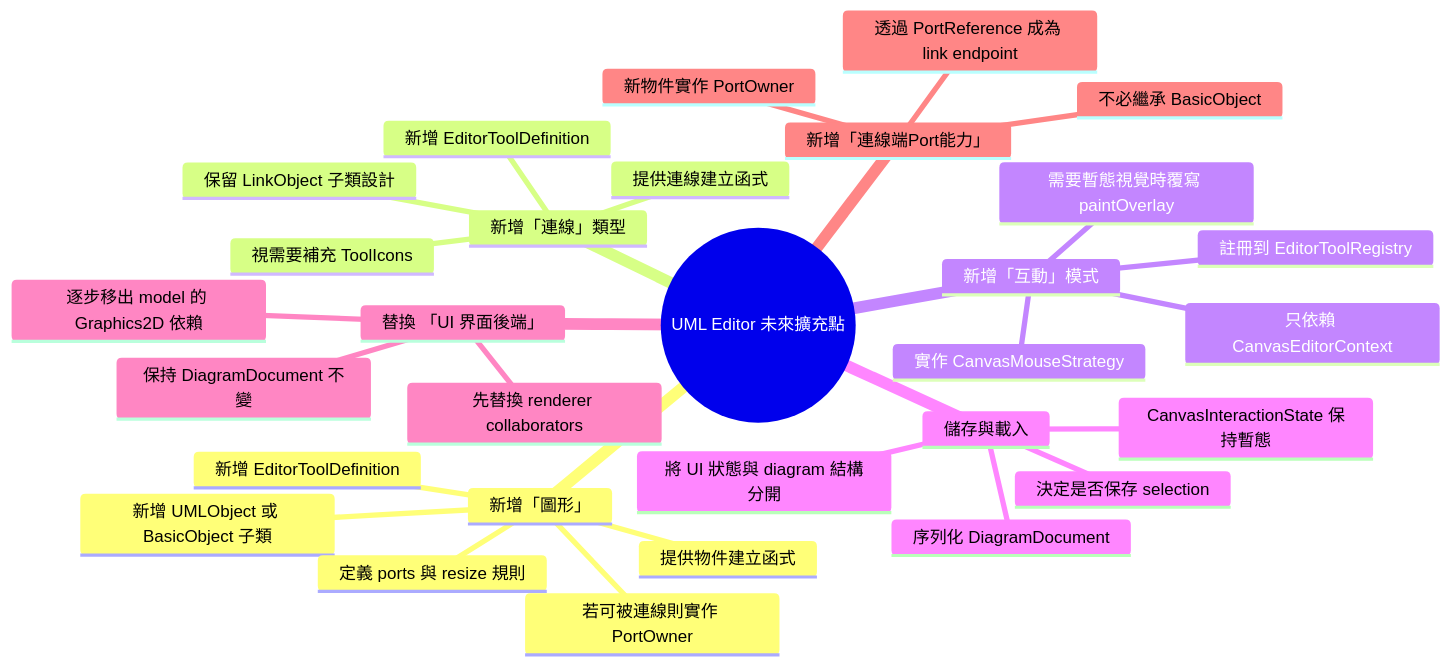
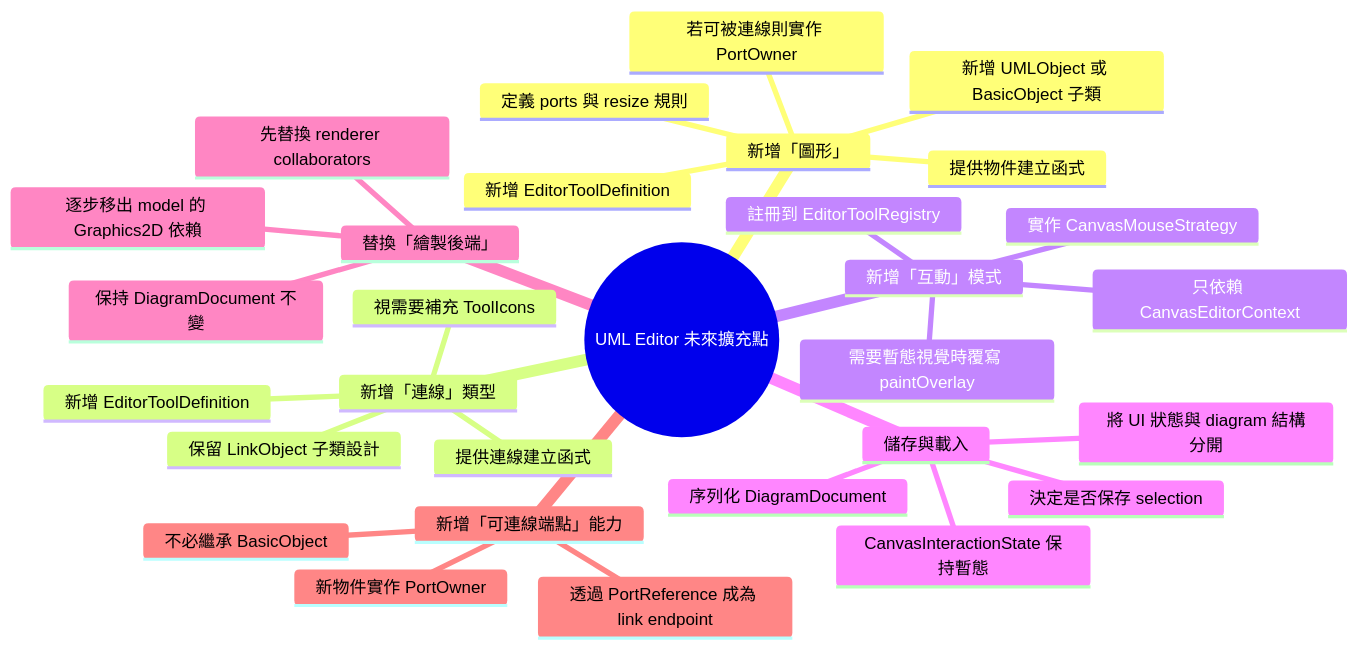
One commit to HsuChen88/UML-demo changed diagram 12 of 12 in ARCHITECTURE.md. Above: the diagram before and after it, drawn with Mermaid. The commit also changed other lines of this file, not shown here.

Commit message:
docs: upate ARCHITECTURE.md

````diff
--- a/ARCHITECTURE.md
+++ b/ARCHITECTURE.md
@@ -527,33 +620,33 @@
 ```mermaid
 mindmap
   root((UML Editor 未來擴充點))
     新增「圖形」
       新增 UMLObject 或 BasicObject 子類
       若可被連線則實作 PortOwner
       定義 ports 與 resize 規則
       新增 EditorToolDefinition
       提供物件建立函式
     新增「連線」類型
       保留 LinkObject 子類設計
       提供連線建立函式
       新增 EditorToolDefinition
       視需要補充 ToolIcons
     新增「互動」模式
       實作 CanvasMouseStrategy
       只依賴 CanvasEditorContext
       需要暫態視覺時覆寫 paintOverlay
       註冊到 EditorToolRegistry
     儲存與載入
       序列化 DiagramDocument
       CanvasInteractionState 保持暫態
       決定是否保存 selection
       將 UI 狀態與 diagram 結構分開
-    替換 「UI 界面後端」
+    替換「繪製後端」
       先替換 renderer collaborators
       逐步移出 model 的 Graphics2D 依賴
       保持 DiagramDocument 不變
-    新增「連線端Port能力」
+    新增「可連線端點」能力
       新物件實作 PortOwner
       透過 PortReference 成為 link endpoint
       不必繼承 BasicObject
 ```
````
